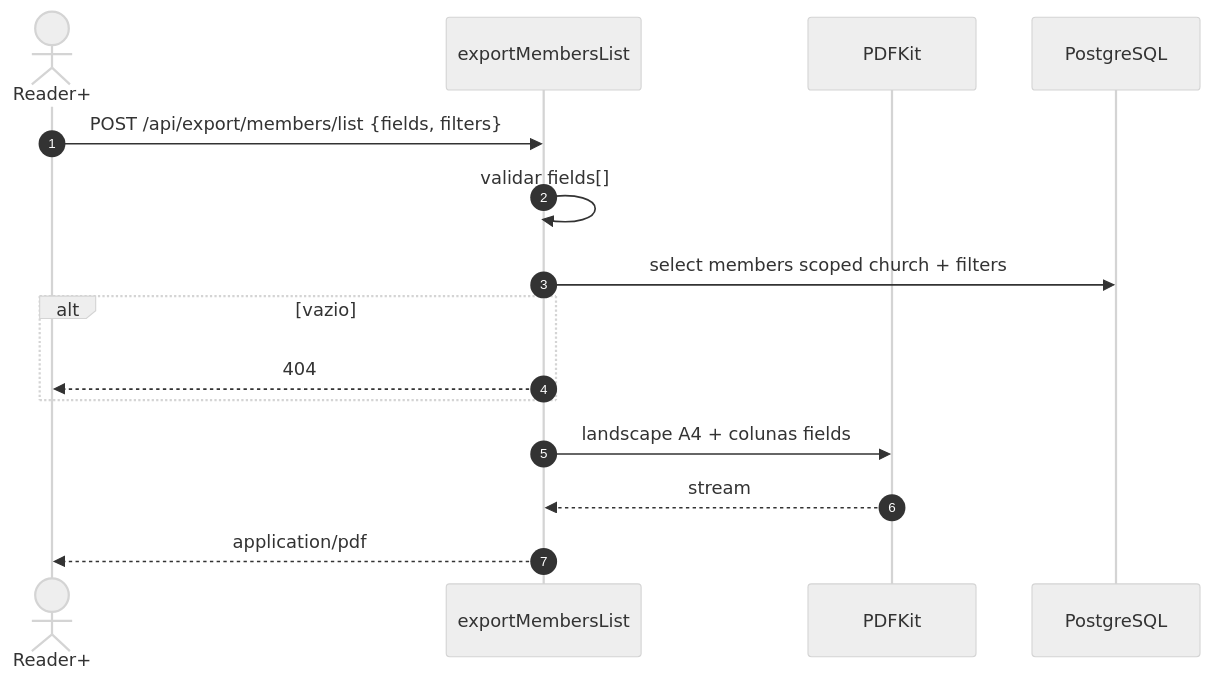
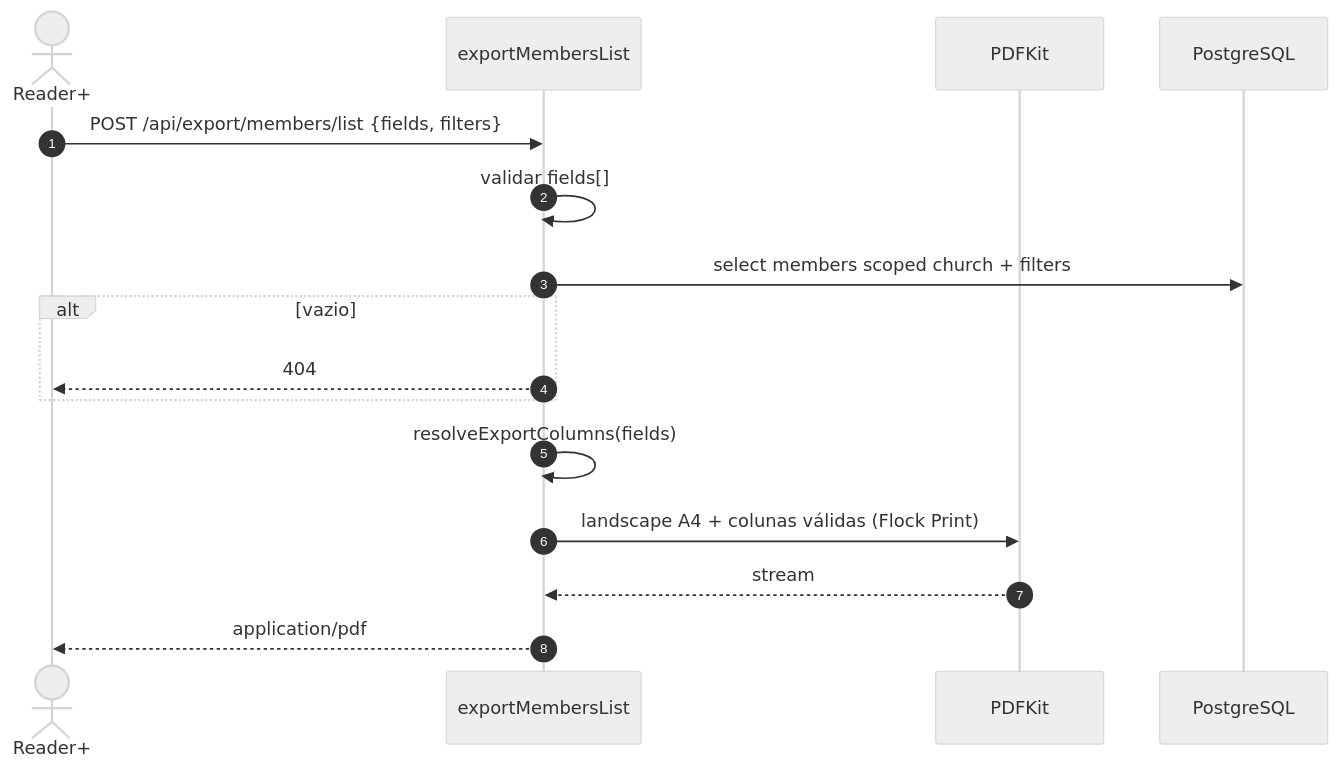
The second of 6 diagrams in docs/04_modulos/relatorios.md (vinic-asouza/flock), drawn with Mermaid (neutral theme) before and after one commit. The commit also changed other lines of this file and 7 other files, not shown here.

First line of the commit message:
docs: sync PDF kit and calendar export (DEV-25)

````diff
--- a/docs/04_modulos/relatorios.md
+++ b/docs/04_modulos/relatorios.md
@@ -318,18 +324,19 @@
 ```mermaid
 sequenceDiagram
   autonumber
   actor U as Reader+
   participant API as exportMembersList
   participant PDF as PDFKit
   participant DB as PostgreSQL
 
   U->>API: POST /api/export/members/list {fields, filters}
   API->>API: validar fields[]
   API->>DB: select members scoped church + filters
   alt vazio
     API-->>U: 404
   end
-  API->>PDF: landscape A4 + colunas fields
+  API->>API: resolveExportColumns(fields)
+  API->>PDF: landscape A4 + colunas válidas (Flock Print)
   PDF-->>API: stream
   API-->>U: application/pdf
 ```
````
